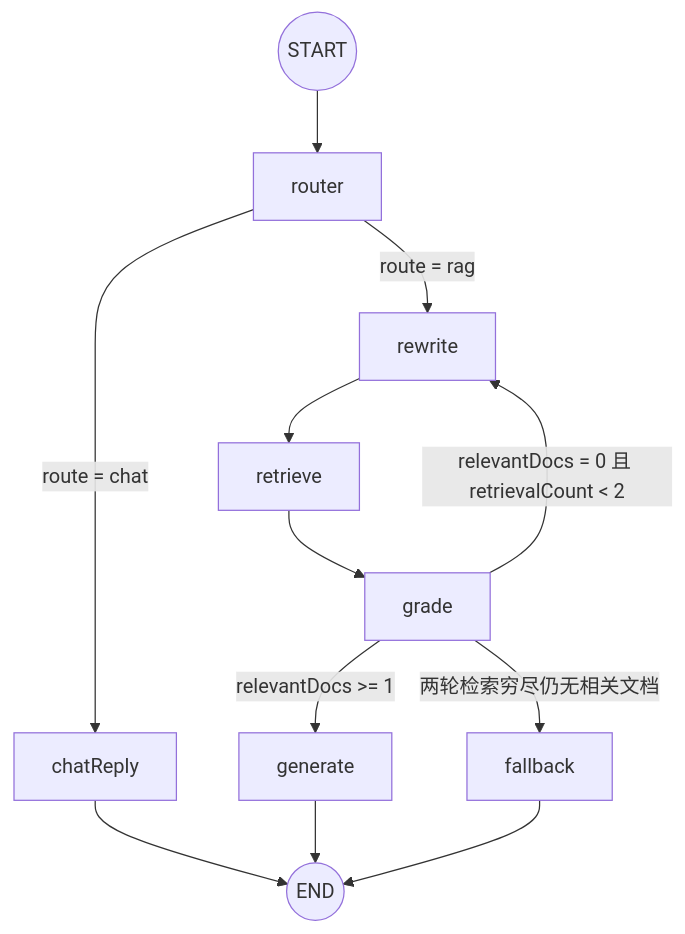
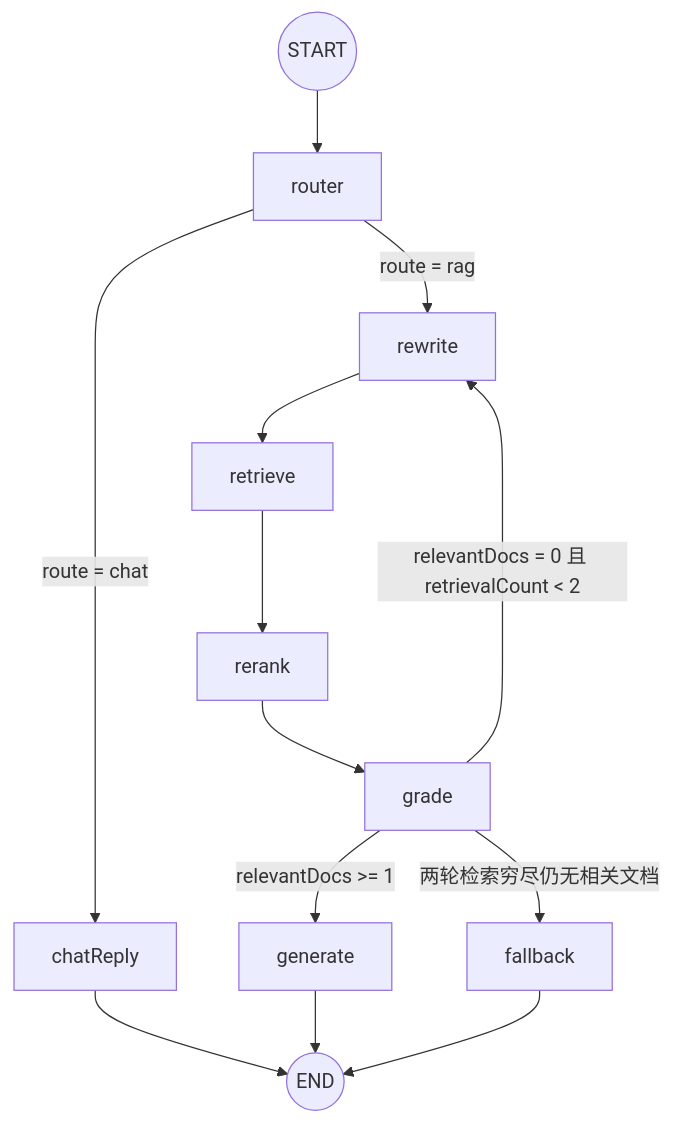
Before and after one commit to liangyue2019/rag-agent: the diagram in docs/modules/graph.md, drawn with Mermaid. The commit also changed other lines of this file and 4 other files, not shown here.

Commit message:
docs: 模块文档同步 DeepSeek rerank 节点（拓扑/节点表/env/GraphStep/测试）

````diff
--- a/docs/modules/graph.md
+++ b/docs/modules/graph.md
@@ -33,14 +34,15 @@
 ```mermaid
 flowchart TD
     S((START)) --> router
     router -- "route = chat" --> chatReply
     router -- "route = rag" --> rewrite
     rewrite --> retrieve
-    retrieve --> grade
+    retrieve --> rerank
+    rerank --> grade
     grade -- "relevantDocs >= 1" --> generate
     grade -- "relevantDocs = 0 且 retrievalCount < 2" --> rewrite
     grade -- "两轮检索穷尽仍无相关文档" --> fallback
     generate --> E((END))
     chatReply --> E
     fallback --> E
 ```
````
